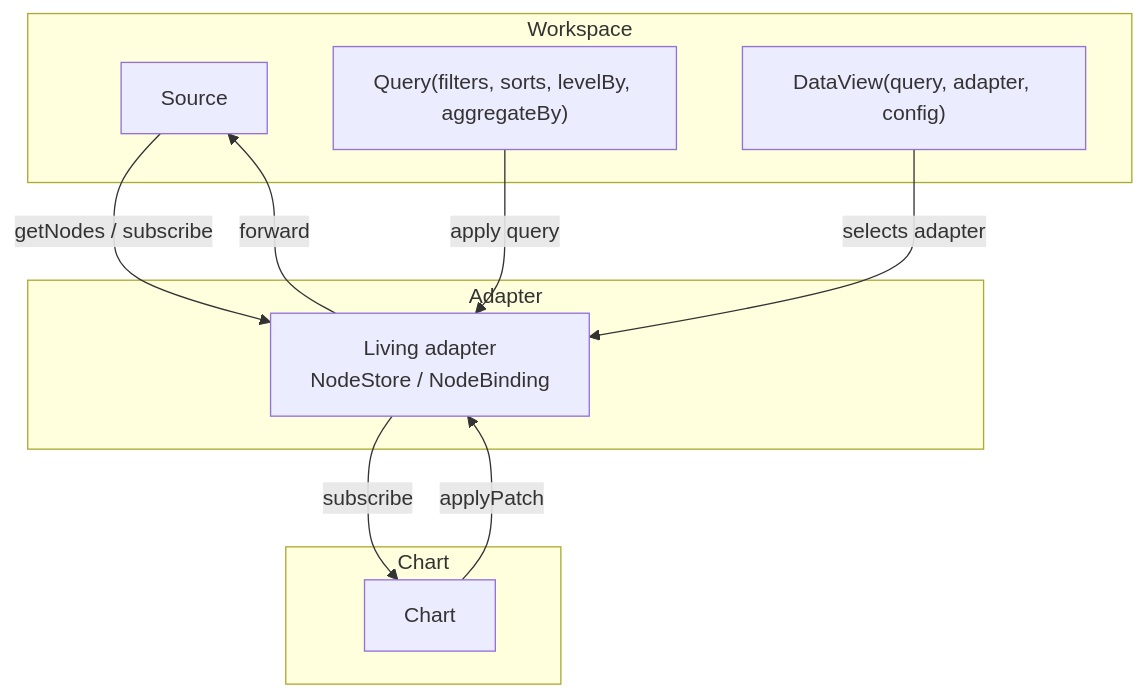
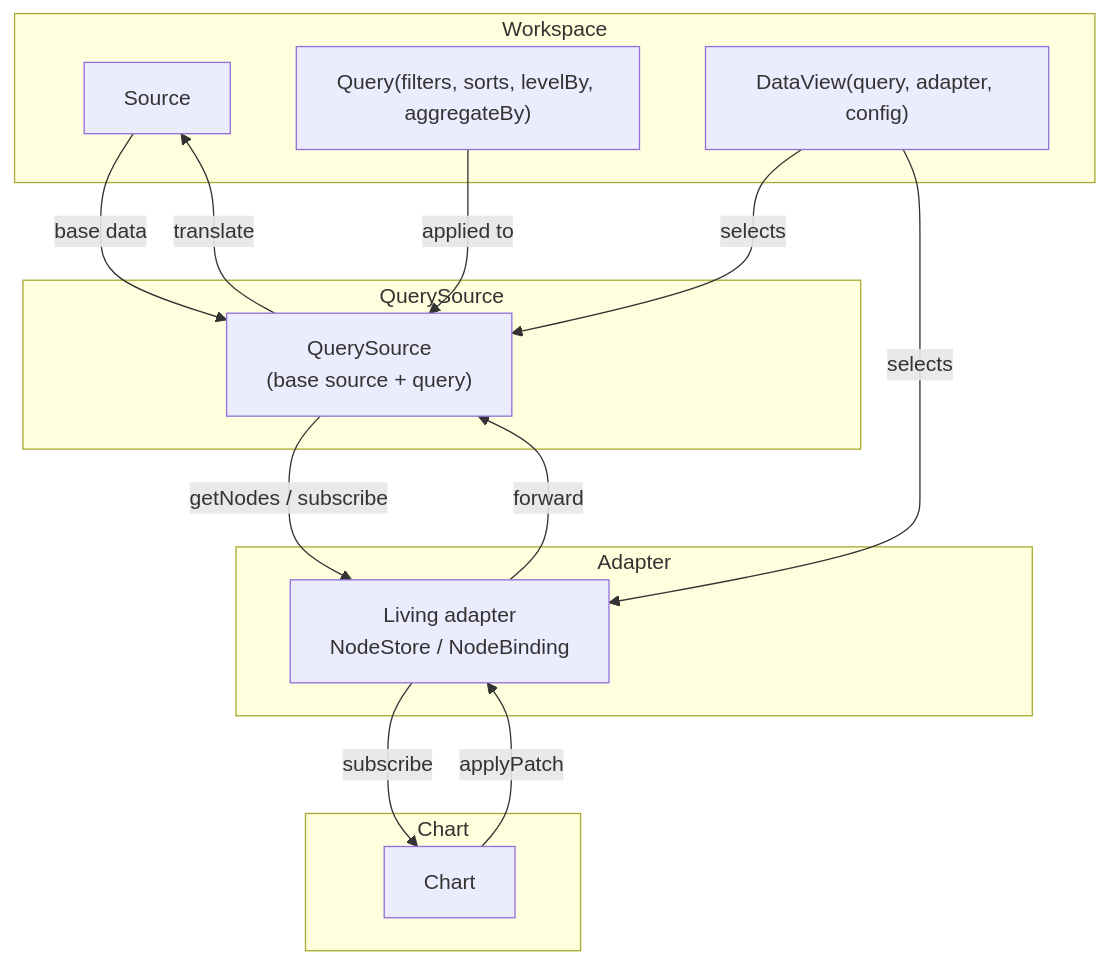
The sixth of 6 diagrams in docs/reorg-whiteboard.md (WinstonFassett/hotbook), drawn with Mermaid before and after one commit. The commit also changed other lines of this file, not shown here.

First line of the commit message:
docs: add QuerySource and View runtime; clarify query/dataview relationship

````diff
--- a/docs/reorg-whiteboard.md
+++ b/docs/reorg-whiteboard.md
@@ -413,23 +433,30 @@
 ```mermaid
 flowchart TB
     subgraph Workspace
       s["Source"]
       q["Query(filters, sorts, levelBy, aggregateBy)"]
       dv["DataView(query, adapter, config)"]
+    end
+
+    subgraph QuerySource
+      qs["QuerySource\n(base source + query)"]
     end
 
     subgraph Adapter
       a["Living adapter\nNodeStore / NodeBinding"]
     end
 
     subgraph Chart
       c["Chart"]
     end
 
-    s -->|getNodes / subscribe| a
-    q -->|apply query| a
-    dv -->|selects adapter| a
+    s -->|base data| qs
+    q -->|applied to| qs
+    dv -->|selects| qs
+    dv -->|selects| a
+    qs -->|getNodes / subscribe| a
     a -->|subscribe| c
     c -->|applyPatch| a
-    a -->|forward| s
+    a -->|forward| qs
+    qs -->|translate| s
 ```
````
